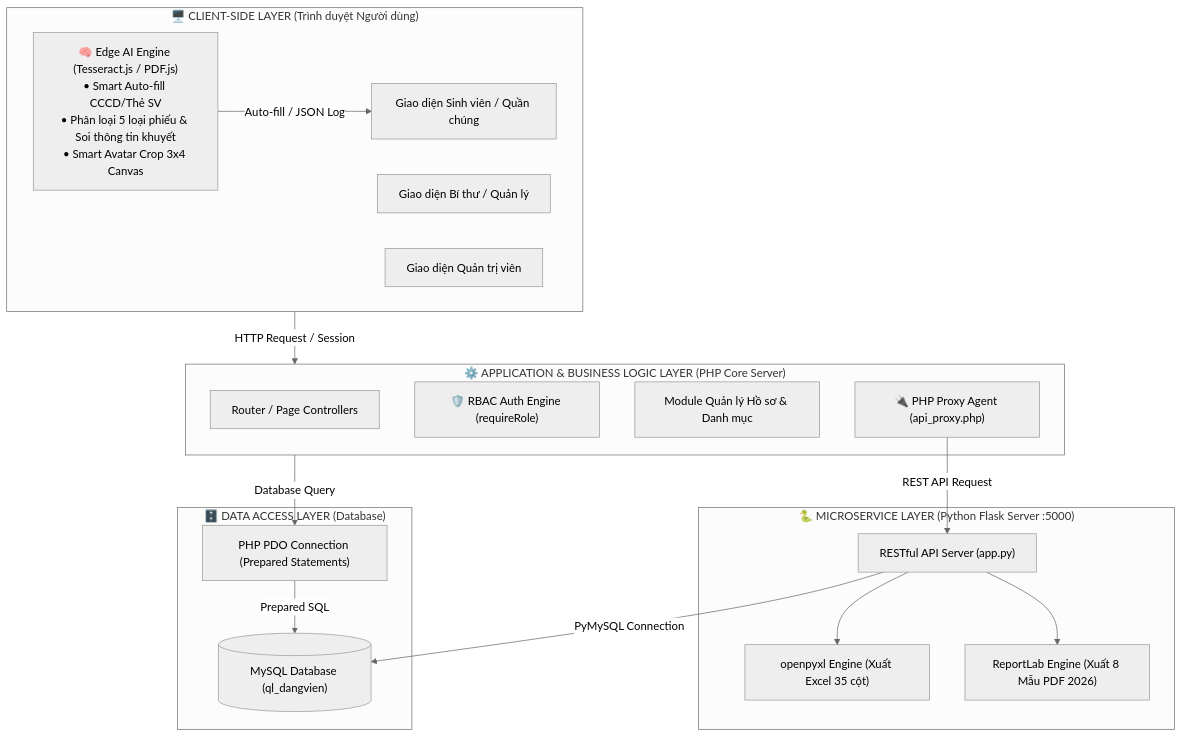
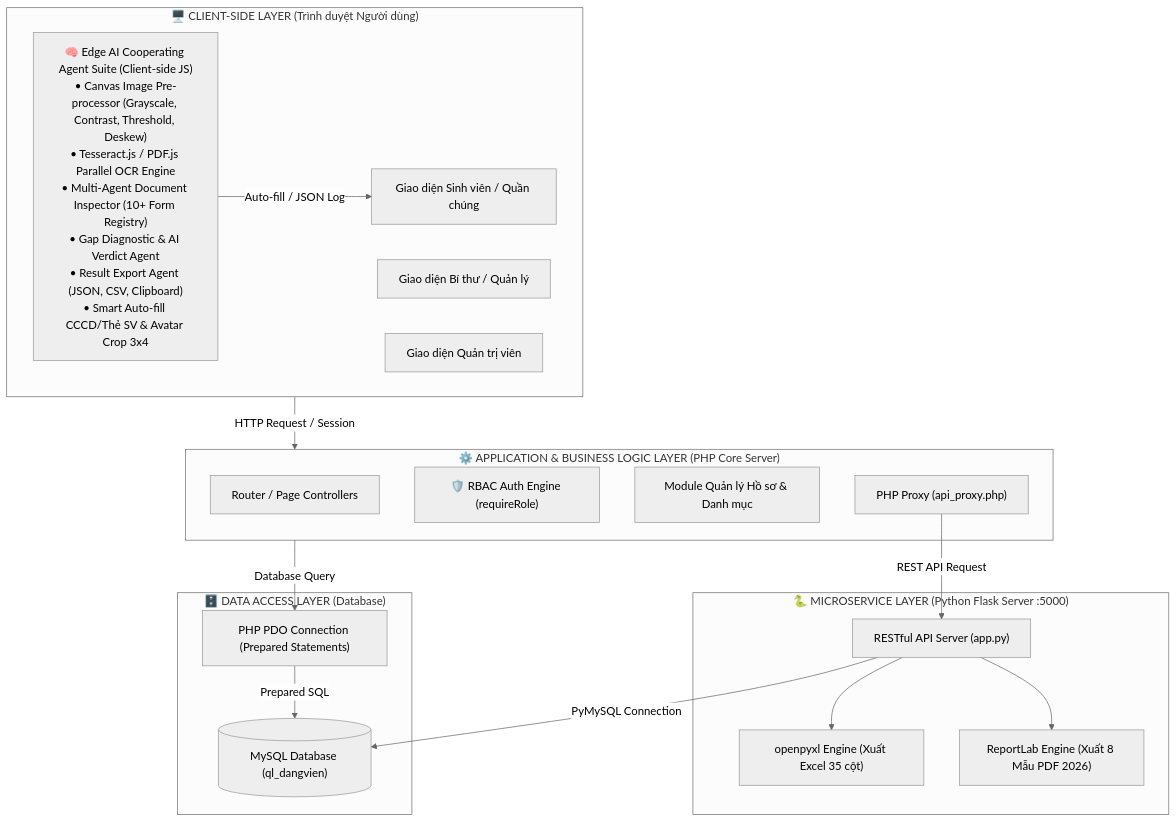
The first of 10 diagrams in chitiet.md (Datdajt03/QLQTUT-Dang), drawn with Mermaid (neutral theme) before and after one commit. The commit also changed other lines of this file and 59 other files, not shown here.

````diff
--- a/chitiet.md
+++ b/chitiet.md
@@ -54,36 +54,36 @@
 ```mermaid
 graph TD
     subgraph Client["🖥️ CLIENT-SIDE LAYER (Trình duyệt Người dùng)"]
         UI_User["Giao diện Sinh viên / Quần chúng"]
         UI_Mgr["Giao diện Bí thư / Quản lý"]
         UI_Admin["Giao diện Quản trị viên"]
-        EdgeAI["🧠 Edge AI Engine (Tesseract.js / PDF.js)<br>• Smart Auto-fill CCCD/Thẻ SV<br>• Phân loại 5 loại phiếu & Soi thông tin khuyết<br>• Smart Avatar Crop 3x4 Canvas"]
+        EdgeAI["🧠 Edge AI Cooperating Agent Suite (Client-side JS)<br>• Canvas Image Pre-processor (Grayscale, Contrast, Threshold, Deskew)<br>• Tesseract.js / PDF.js Parallel OCR Engine<br>• Multi-Agent Document Inspector (10+ Form Registry)<br>• Gap Diagnostic & AI Verdict Agent<br>• Result Export Agent (JSON, CSV, Clipboard)<br>• Smart Auto-fill CCCD/Thẻ SV & Avatar Crop 3x4"]
     end
 
     subgraph WebServer["⚙️ APPLICATION & BUSINESS LOGIC LAYER (PHP Core Server)"]
         Router["Router / Page Controllers"]
         RBAC["🛡️ RBAC Auth Engine (requireRole)"]
         CRUD["Module Quản lý Hồ sơ & Danh mục"]
-        Proxy["🔌 PHP Proxy Agent (api_proxy.php)"]
+        Proxy["PHP Proxy (api_proxy.php)"]
     end
 
     subgraph Microservice["🐍 MICROSERVICE LAYER (Python Flask Server :5000)"]
         FlaskAPI["RESTful API Server (app.py)"]
         ExcelEngine["openpyxl Engine (Xuất Excel 35 cột)"]
         PDFEngine["ReportLab Engine (Xuất 8 Mẫu PDF 2026)"]
     end
 
     subgraph DataLayer["🗄️ DATA ACCESS LAYER (Database)"]
         PDO["PHP PDO Connection (Prepared Statements)"]
         MySQL[("MySQL Database (ql_dangvien)")]
     end
 
     Client -->|HTTP Request / Session| WebServer
     EdgeAI -->|Auto-fill / JSON Log| UI_User
     WebServer -->|Database Query| PDO
     PDO -->|Prepared SQL| MySQL
     Proxy -->|REST API Request| FlaskAPI
     FlaskAPI --> ExcelEngine
     FlaskAPI --> PDFEngine
     FlaskAPI -->|PyMySQL Connection| MySQL
 ```
````
